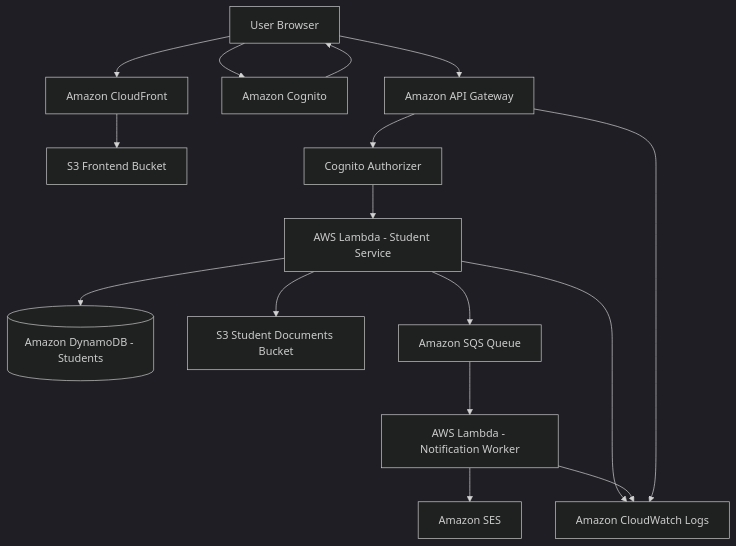
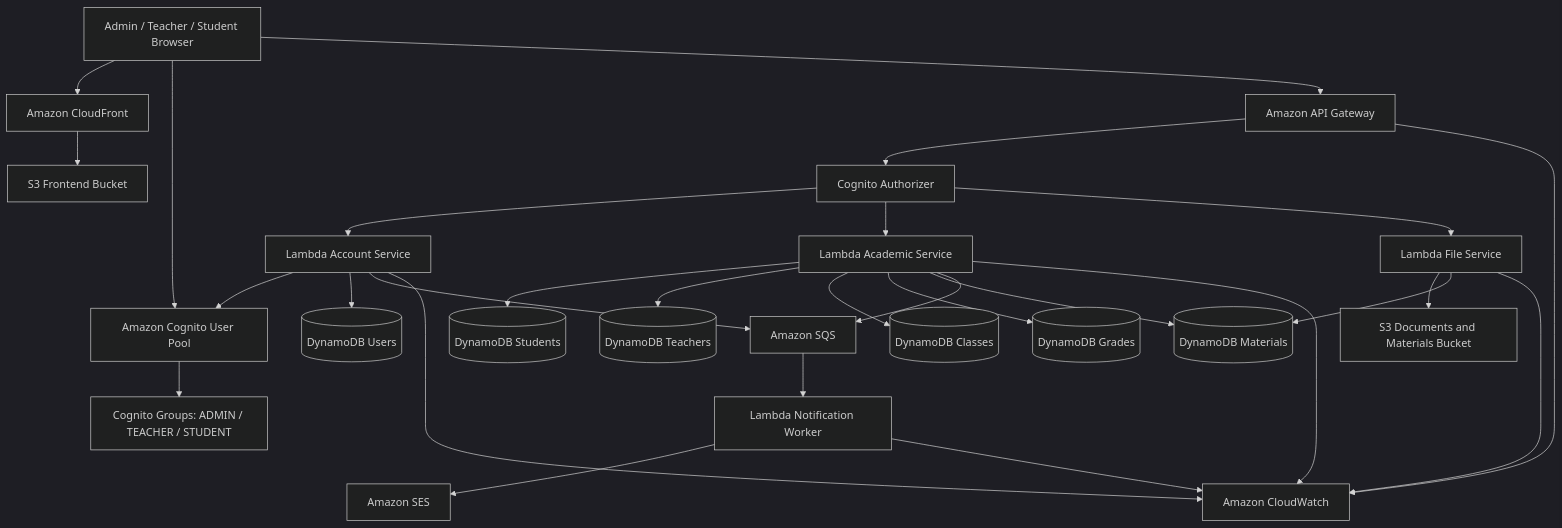
Before and after one commit to Caotai272/AWS-Student-Management-Portal: the diagram in README.md, drawn with Mermaid (dark theme). The commit also changed other lines of this file and 28 other files, not shown here.

First line of the commit message:
feat: Implement admin user management and class management features

````diff
--- a/README.md
+++ b/README.md
@@ -73,23 +77,37 @@
 ```mermaid
 flowchart TD
-    User[User Browser] --> CF[Amazon CloudFront]
+    User[Admin / Teacher / Student Browser] --> CF[Amazon CloudFront]
     CF --> S3Frontend[S3 Frontend Bucket]
 
-    User --> Cognito[Amazon Cognito]
-    Cognito --> User
+    User --> Cognito[Amazon Cognito User Pool]
+    Cognito --> Groups[Cognito Groups: ADMIN / TEACHER / STUDENT]
 
     User --> APIGW[Amazon API Gateway]
     APIGW --> Authorizer[Cognito Authorizer]
-    Authorizer --> LambdaStudent[AWS Lambda - Student Service]
+    Authorizer --> AccountLambda[Lambda Account Service]
+    Authorizer --> AcademicLambda[Lambda Academic Service]
+    Authorizer --> FileLambda[Lambda File Service]
 
-    LambdaStudent --> DynamoDB[(Amazon DynamoDB - Students)]
-    LambdaStudent --> S3Docs[S3 Student Documents Bucket]
-    LambdaStudent --> SQS[Amazon SQS Queue]
+    AccountLambda --> Cognito
+    AccountLambda --> Users[(DynamoDB Users)]
 
-    SQS --> LambdaEmail[AWS Lambda - Notification Worker]
-    LambdaEmail --> SES[Amazon SES]
+    AcademicLambda --> Students[(DynamoDB Students)]
+    AcademicLambda --> Teachers[(DynamoDB Teachers)]
+    AcademicLambda --> Classes[(DynamoDB Classes)]
+    AcademicLambda --> Grades[(DynamoDB Grades)]
+    AcademicLambda --> Materials[(DynamoDB Materials)]
 
-    LambdaStudent --> CloudWatch[Amazon CloudWatch Logs]
-    LambdaEmail --> CloudWatch
+    FileLambda --> S3Files[S3 Documents and Materials Bucket]
+    FileLambda --> Materials
+
+    AccountLambda --> SQS[Amazon SQS]
+    AcademicLambda --> SQS
+    SQS --> EmailLambda[Lambda Notification Worker]
+    EmailLambda --> SES[Amazon SES]
+
+    AccountLambda --> CloudWatch[Amazon CloudWatch]
+    AcademicLambda --> CloudWatch
+    FileLambda --> CloudWatch
+    EmailLambda --> CloudWatch
     APIGW --> CloudWatch
 ```
````
